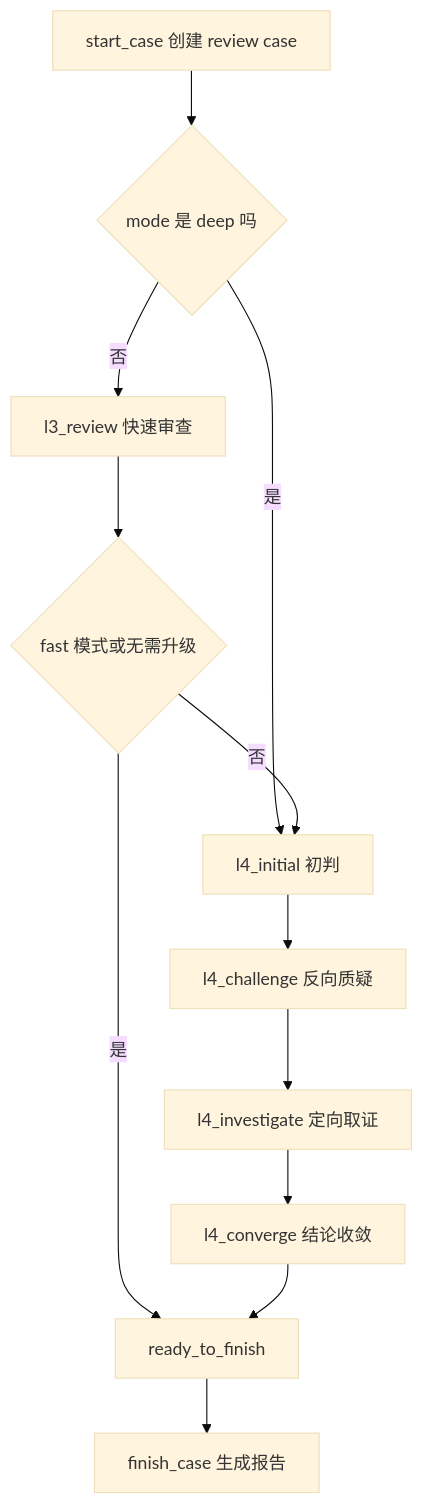
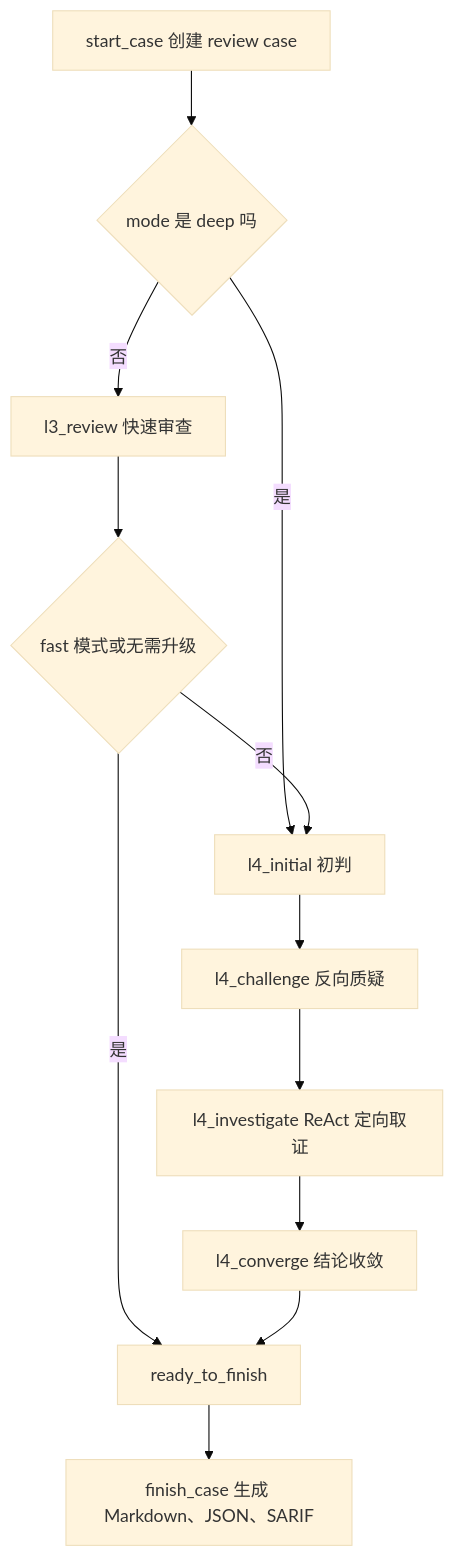
One commit to 8utterf1y/final changed the diagram in plugins/StudyDocs/04-05_多阶段审查引擎与工程化生产边界.md. Above: the diagram before and after it, drawn with Mermaid (base theme). The commit also changed other lines of this file and 5 other files, not shown here.

````diff
--- a/plugins/StudyDocs/04-05_多阶段审查引擎与工程化生产边界.md
+++ b/plugins/StudyDocs/04-05_多阶段审查引擎与工程化生产边界.md
@@ -27,14 +144,14 @@
 ```mermaid
 flowchart TD
 A["start_case 创建 review case"] --> B{"mode 是 deep 吗"}
 B -->|是| C["l4_initial 初判"]
 B -->|否| D["l3_review 快速审查"]
 D --> E{"fast 模式或无需升级"}
 E -->|是| J["ready_to_finish"]
 E -->|否| C
 C --> F["l4_challenge 反向质疑"]
-F --> G["l4_investigate 定向取证"]
+F --> G["l4_investigate ReAct 定向取证"]
 G --> H["l4_converge 结论收敛"]
 H --> J
-J --> K["finish_case 生成报告"]
+J --> K["finish_case 生成 Markdown、JSON、SARIF"]
 ```
````
